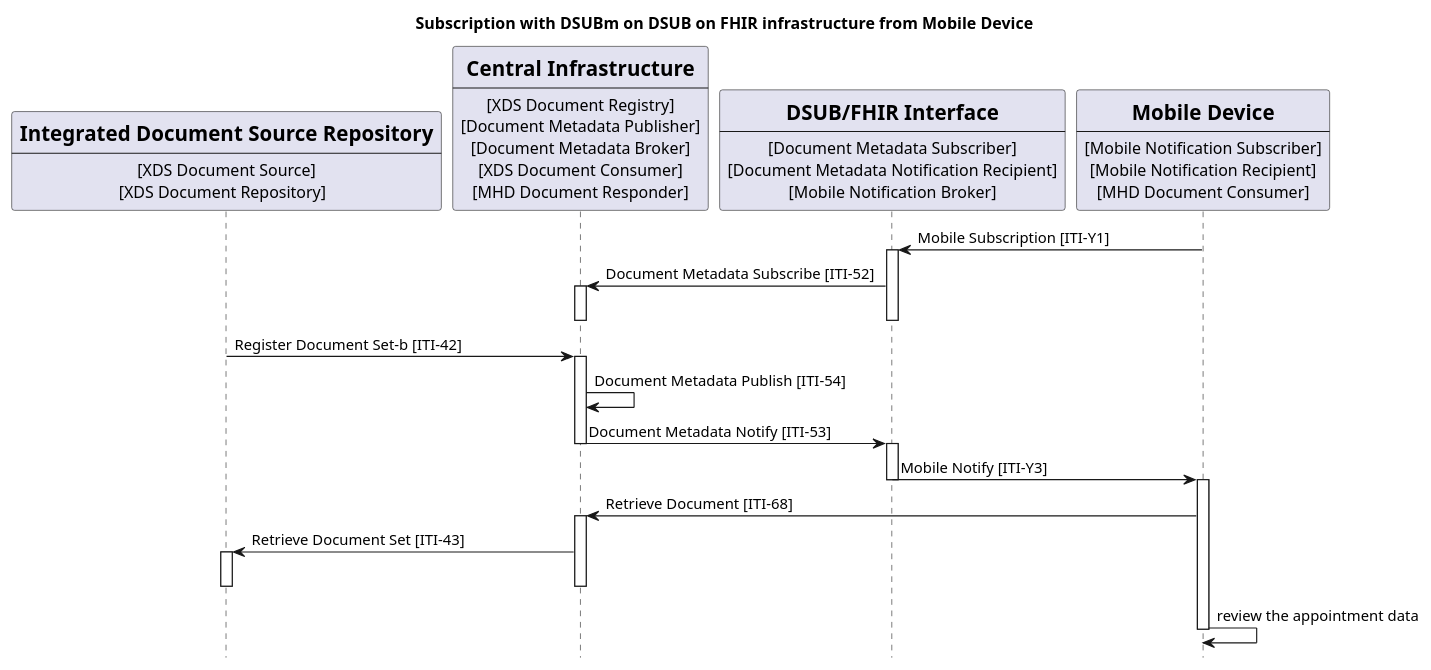
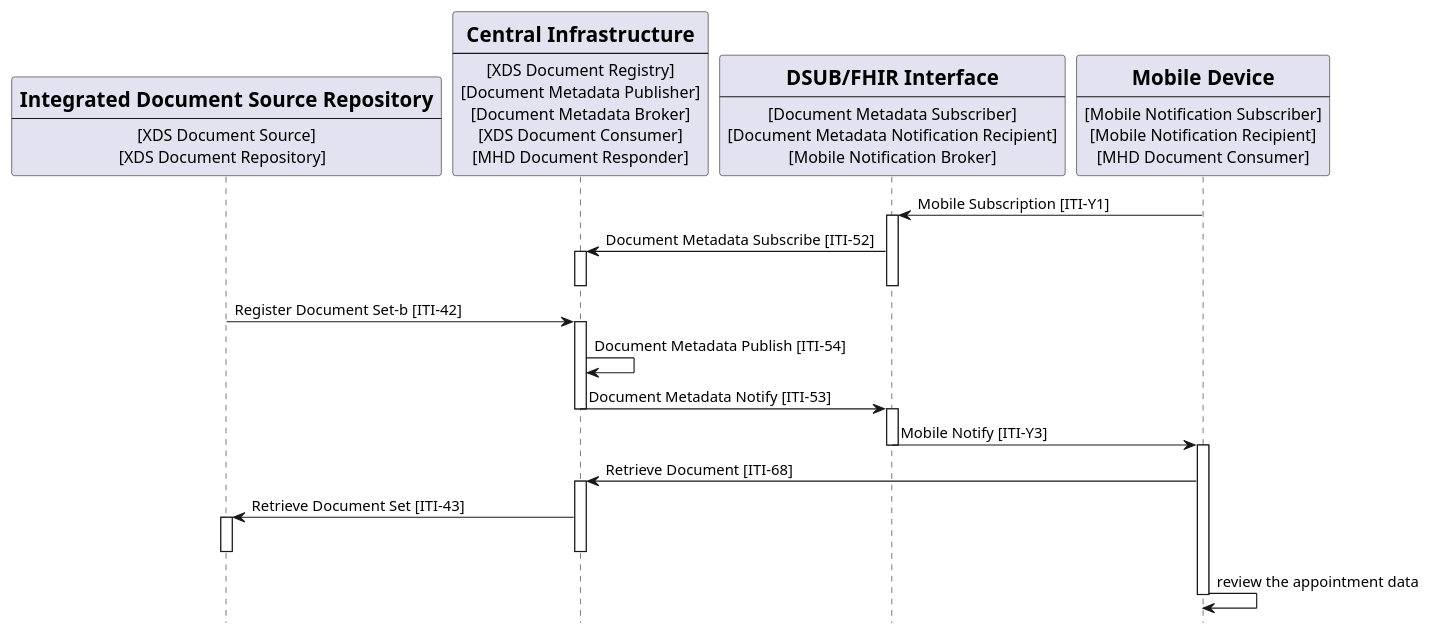
One commit to IHE/ITI.DSUBm changed the diagram in input/images-source/usecase4-processflow.plantuml. Above: the diagram before and after it, drawn with PlantUML. The commit also changed 6 other files, not shown here.

```diff
--- a/input/images-source/usecase4-processflow.plantuml
+++ b/input/images-source/usecase4-processflow.plantuml
@@ -1,65 +1,65 @@
 @startuml
 skinparam svgDimensionStyle false
 hide footbox
-title "Subscription with DSUBm on DSUB on FHIR infrastructure from Mobile Device" 
+/'title "Subscription with DSUBm on DSUB on FHIR infrastructure from Mobile Device" '/
 participant Repository [
     =Integrated Document Source Repository
     ----
     [XDS Document Source]
     [XDS Document Repository]  
 ] 
 
 participant Central [
     =Central Infrastructure
     ----
     [XDS Document Registry]
     [Document Metadata Publisher]
     [Document Metadata Broker]
     [XDS Document Consumer]
     [MHD Document Responder]
 ] 
 
 participant DSUBonFHIR [
     =DSUB/FHIR Interface
     ----
     [Document Metadata Subscriber]
     [Document Metadata Notification Recipient]
     [Mobile Notification Broker]
     ] 
 
 participant MobDevice [
     =Mobile Device
     ----
     [Mobile Notification Subscriber]
     [Mobile Notification Recipient]
     [MHD Document Consumer]
 ] 
 
 MobDevice -> DSUBonFHIR: Mobile Subscription [ITI-Y1]
 activate DSUBonFHIR
 DSUBonFHIR -> Central: Document Metadata Subscribe [ITI-52]
 activate Central
 deactivate Central
 deactivate DSUBonFHIR
 
 Repository -> Central: Register Document Set-b [ITI-42]
 activate Central
 Central -> Central:  Document Metadata Publish [ITI-54]
 Central -> DSUBonFHIR: Document Metadata Notify [ITI-53]
 deactivate Central
 
 activate DSUBonFHIR
 DSUBonFHIR -> MobDevice: Mobile Notify [ITI-Y3]
 deactivate DSUBonFHIR
 activate MobDevice
 MobDevice -> Central: Retrieve Document [ITI-68]
 activate Central
 Central -> Repository: Retrieve Document Set [ITI-43]
 activate Repository
 deactivate Repository
 deactivate Central
 MobDevice -> MobDevice: review the appointment data
 deactivate MobDevice
 
 
 @enduml
```
